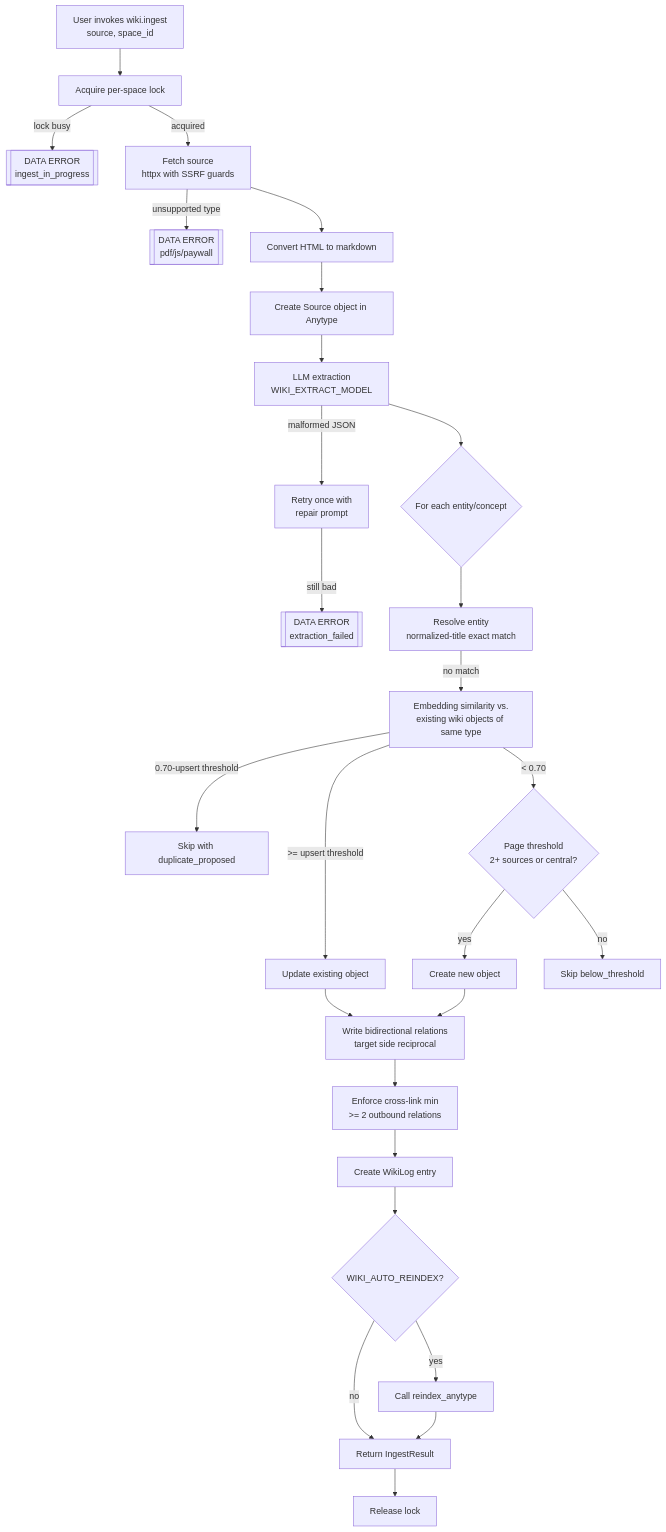
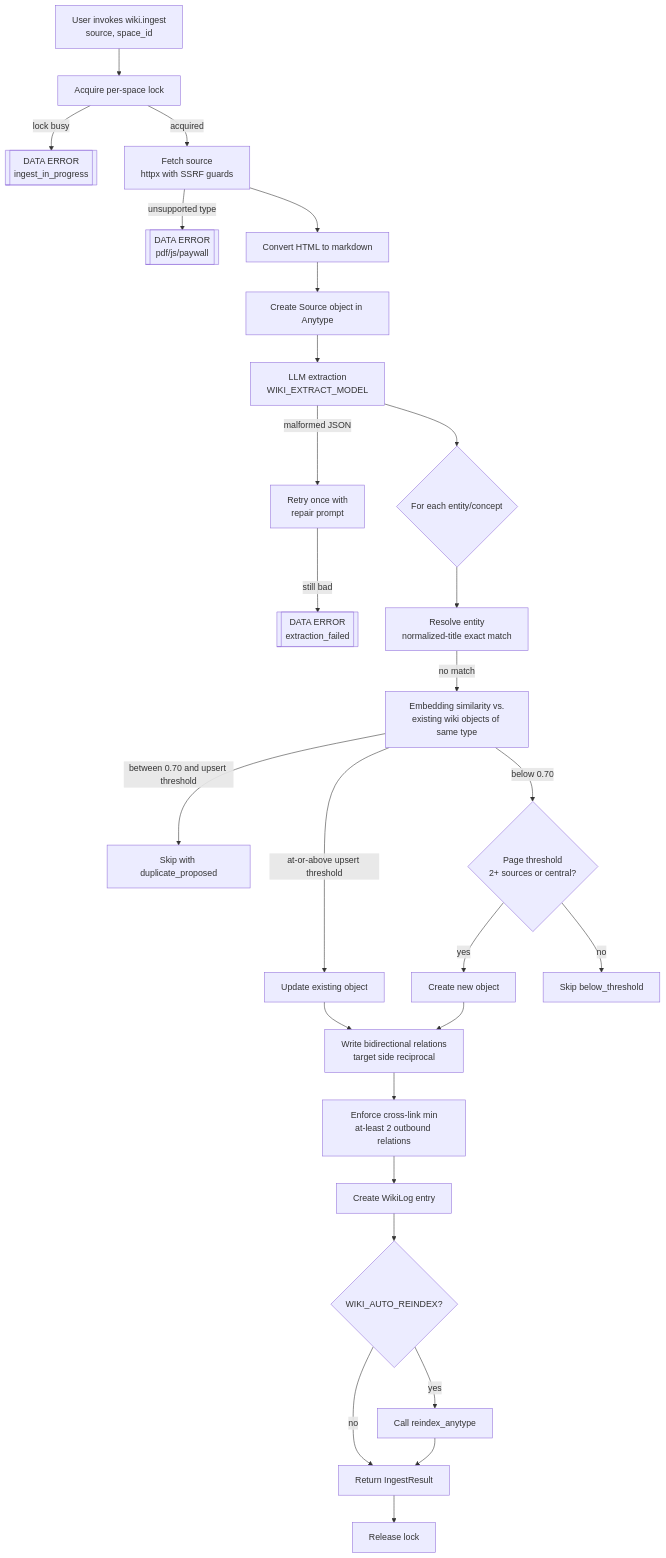
One commit to Aldeia-IT/anytype-llm-wiki changed the first of 4 diagrams in .aldeia/140-wiki-library-module-port-llm-wiki-pattern-onto-any/spec.md. Above: the diagram before and after it, drawn with Mermaid. The commit also changed other lines of this file, not shown here.

Commit message:
spec(140): r3 inline suggestion fixes — OQ #5 casing + mermaid edge-label hygiene
Addresses R3-SG1 and R3-SG2 inline per phase-5 policy (no BLOCKING or
SHOULD-FIX remaining; lead applies SUGGESTIONs directly).

- R3-SG1: OQ #5 "RESOLVED 2026-04-22" -> "Resolved 2026-04-22" to match
  the verbatim CPO Advisory #22 recommended wording.
- R3-SG2: Rewrite three ingest-diagram edge labels and two node labels
  to drop `<` / `>` / `=` characters in favor of plain prose
  ("at-or-above", "below", "between", "at-least"). Makes the R2 review's
  line-121 "none use these chars in edge labels" assertion literally true
  and hardens against older Mermaid renderers.

R3-SG3 is a broader housekeeping pass (anchor slugification) deferred to
v0.2.0 tag time; the two specific R2-SG residuals it named (O_CREAT|O_EXCL
vestigial text, "8 checks" vs 9-enum mismatch) were already fixed by the
R2 fixer.

````diff
--- a/.aldeia/140-wiki-library-module-port-llm-wiki-pattern-onto-any/spec.md
+++ b/.aldeia/140-wiki-library-module-port-llm-wiki-pattern-onto-any/spec.md
@@ -349,29 +349,29 @@
 ```mermaid
 flowchart TD
     A[User invokes wiki.ingest<br/>source, space_id] --> B[Acquire per-space lock]
     B -->|lock busy| B_ERR[[DATA ERROR<br/>ingest_in_progress]]
     B -->|acquired| C[Fetch source<br/>httpx with SSRF guards]
     C -->|unsupported type| C_ERR[[DATA ERROR<br/>pdf/js/paywall]]
     C --> D[Convert HTML to markdown]
     D --> E[Create Source object in Anytype]
     E --> F[LLM extraction<br/>WIKI_EXTRACT_MODEL]
     F -->|malformed JSON| F_RETRY[Retry once with<br/>repair prompt]
     F_RETRY -->|still bad| F_ERR[[DATA ERROR<br/>extraction_failed]]
     F --> G{For each entity/concept}
     G --> H[Resolve entity<br/>normalized-title exact match]
     H -->|no match| I[Embedding similarity vs.<br/>existing wiki objects of same type]
-    I -->|>= upsert threshold| J[Update existing object]
-    I -->|0.70-upsert threshold| K[Skip with duplicate_proposed]
-    I -->|< 0.70| L{Page threshold<br/>2+ sources or central?}
+    I -->|at-or-above upsert threshold| J[Update existing object]
+    I -->|between 0.70 and upsert threshold| K[Skip with duplicate_proposed]
+    I -->|below 0.70| L{Page threshold<br/>2+ sources or central?}
     L -->|yes| M[Create new object]
     L -->|no| N[Skip below_threshold]
     J --> O[Write bidirectional relations<br/>target side reciprocal]
     M --> O
-    O --> P[Enforce cross-link min<br/>>= 2 outbound relations]
+    O --> P[Enforce cross-link min<br/>at-least 2 outbound relations]
     P --> Q[Create WikiLog entry]
     Q --> R{WIKI_AUTO_REINDEX?}
     R -->|yes| S[Call reindex_anytype]
     R -->|no| T[Return IngestResult]
     S --> T
     T --> U[Release lock]
 ```
````
